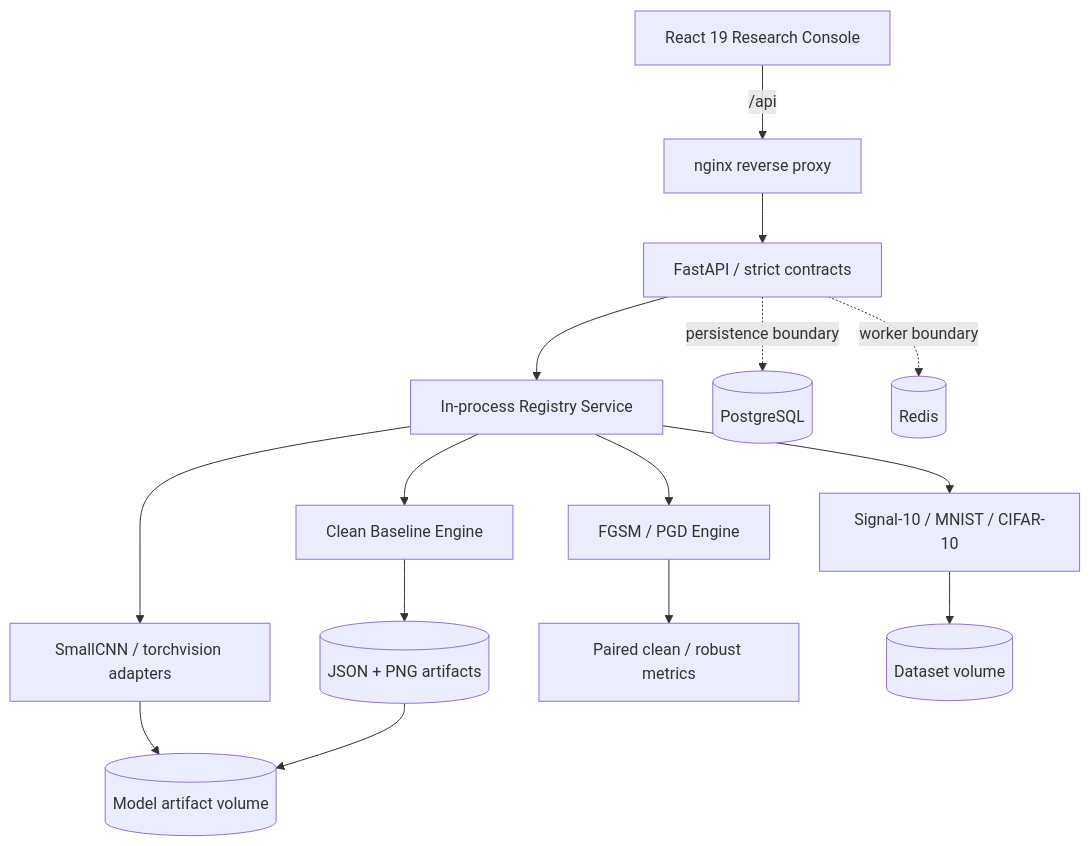
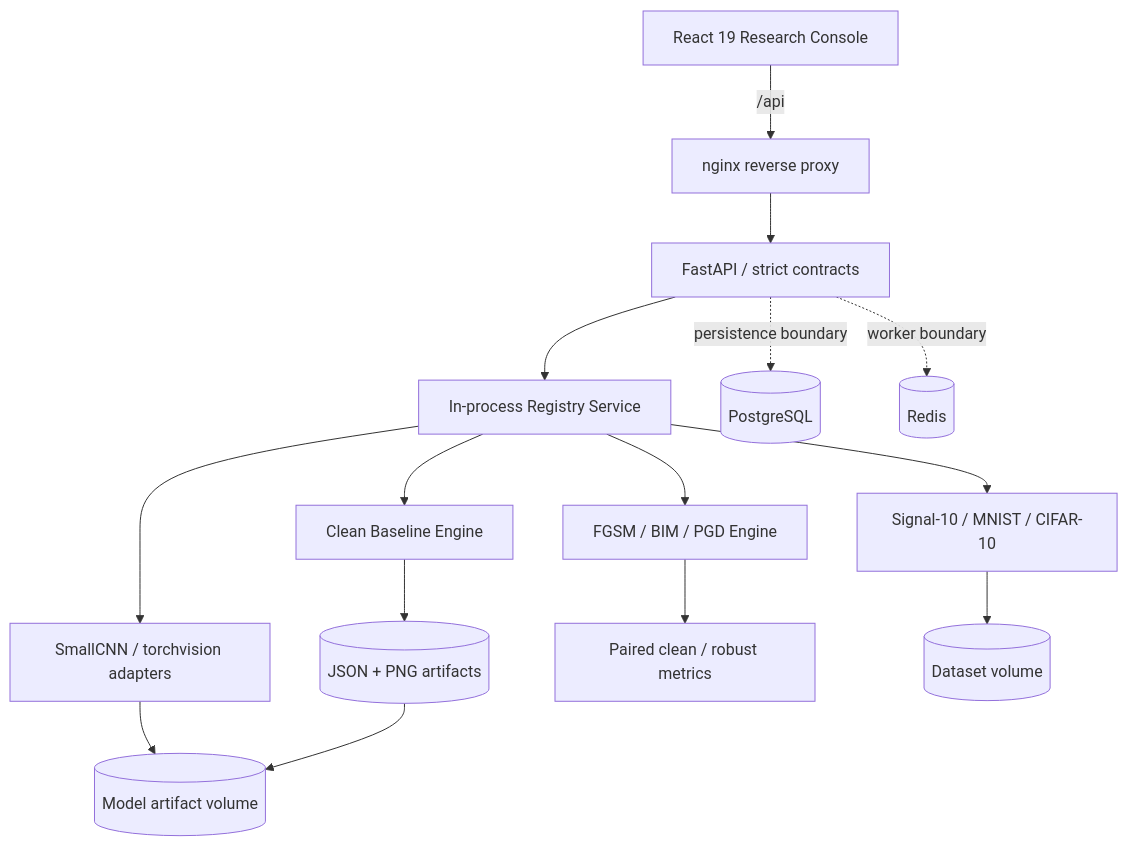
Before and after one commit to MintKangaroo/AIShield: the third of 3 diagrams in README.md, drawn with Mermaid. The commit also changed other lines of this file and 11 other files, not shown here.

First line of the commit message:
feat: add deterministic BIM attack evaluation

````diff
--- a/README.md
+++ b/README.md
@@ -304,21 +305,21 @@
 ```mermaid
 flowchart TB
     UI["React 19 Research Console"] -->|"/api"| NGINX["nginx reverse proxy"]
     NGINX --> API["FastAPI / strict contracts"]
 
     API --> REG["In-process Registry Service"]
     REG --> DATA["Signal-10 / MNIST / CIFAR-10"]
     REG --> MODEL["SmallCNN / torchvision adapters"]
     REG --> BASE["Clean Baseline Engine"]
-    REG --> ATTACK["FGSM / PGD Engine"]
+    REG --> ATTACK["FGSM / BIM / PGD Engine"]
 
     BASE --> EVIDENCE[("JSON + PNG artifacts")]
     ATTACK --> METRIC["Paired clean / robust metrics"]
 
     DATA --> DATA_VOL[("Dataset volume")]
     MODEL --> ART_VOL[("Model artifact volume")]
     EVIDENCE --> ART_VOL
 
     API -. "persistence boundary" .-> PG[("PostgreSQL")]
     API -. "worker boundary" .-> REDIS[("Redis")]
 ```
````
